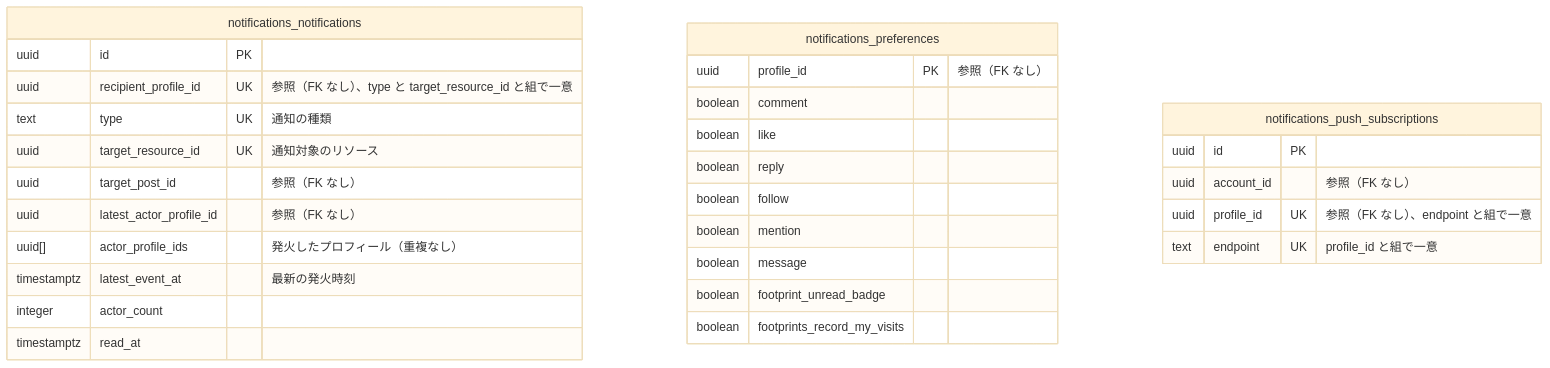
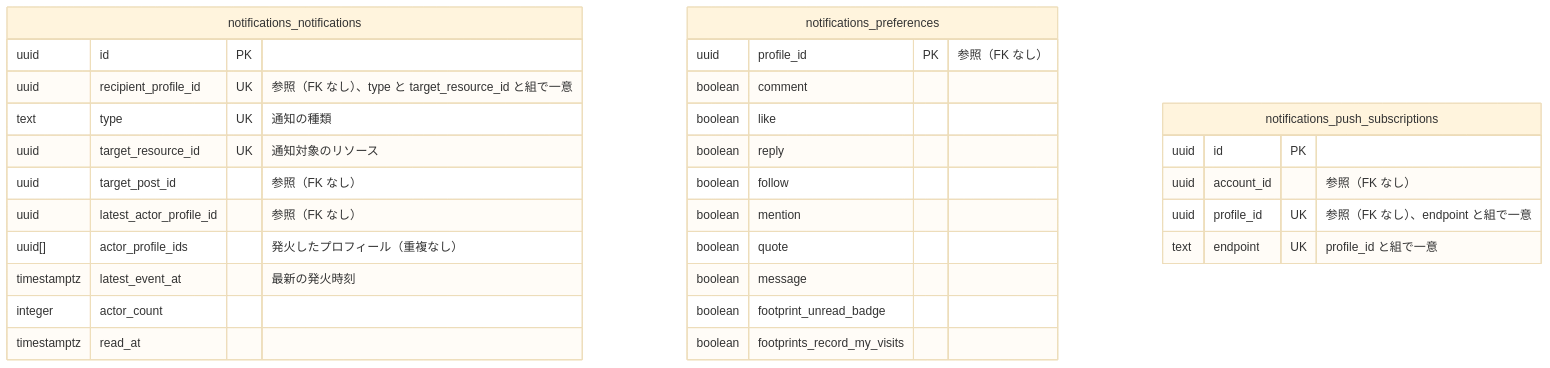
The tenth of 14 diagrams in dystopia/docs/data-model.md (panicboat/monorepo), drawn with Mermaid (base theme) before and after one commit. The commit also changed other lines of this file and 84 other files, not shown here.

````diff
--- a/dystopia/docs/data-model.md
+++ b/dystopia/docs/data-model.md
@@ -308,32 +315,33 @@
 ```mermaid
 erDiagram
     notifications_notifications {
         uuid id PK
         uuid recipient_profile_id UK "参照（FK なし）、type と target_resource_id と組で一意"
         text type UK "通知の種類"
         uuid target_resource_id UK "通知対象のリソース"
         uuid target_post_id "参照（FK なし）"
         uuid latest_actor_profile_id "参照（FK なし）"
         uuid[] actor_profile_ids "発火したプロフィール（重複なし）"
         timestamptz latest_event_at "最新の発火時刻"
         integer actor_count
         timestamptz read_at
     }
     notifications_preferences {
         uuid profile_id PK "参照（FK なし）"
         boolean comment
         boolean like
         boolean reply
         boolean follow
         boolean mention
+        boolean quote
         boolean message
         boolean footprint_unread_badge
         boolean footprints_record_my_visits
     }
     notifications_push_subscriptions {
         uuid id PK
         uuid account_id "参照（FK なし）"
         uuid profile_id UK "参照（FK なし）、endpoint と組で一意"
         text endpoint UK "profile_id と組で一意"
     }
 ```
````
